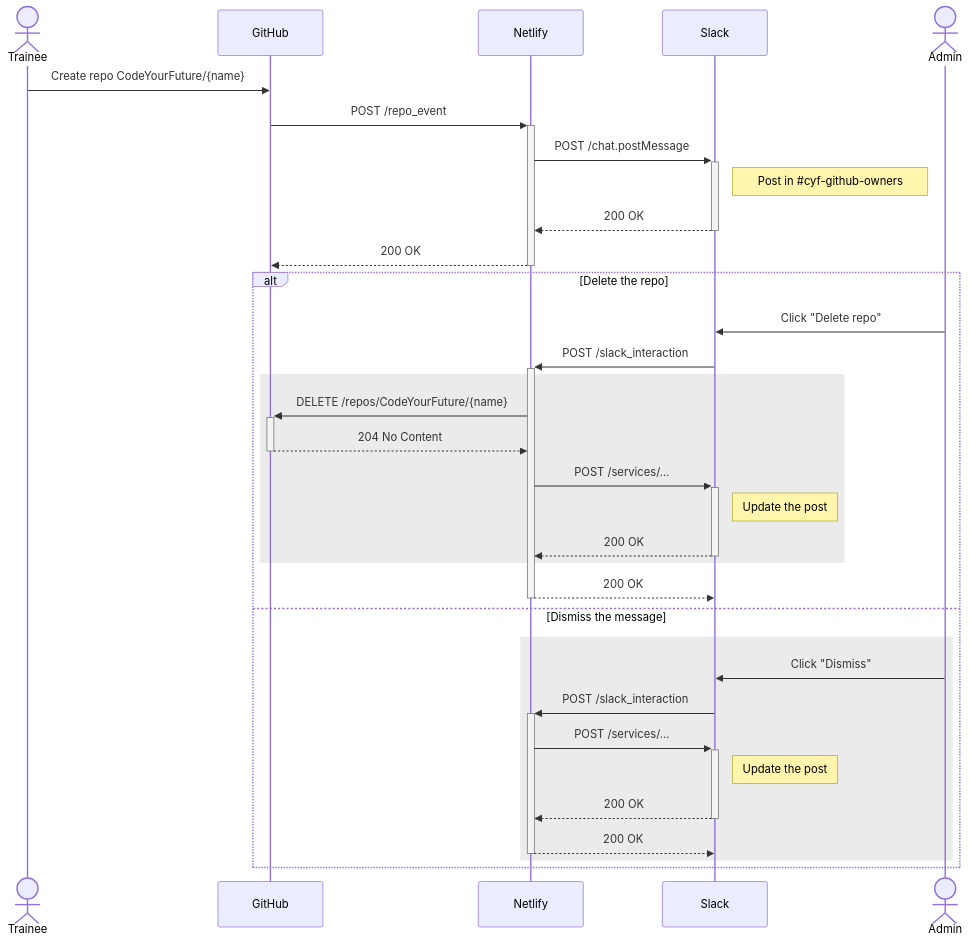
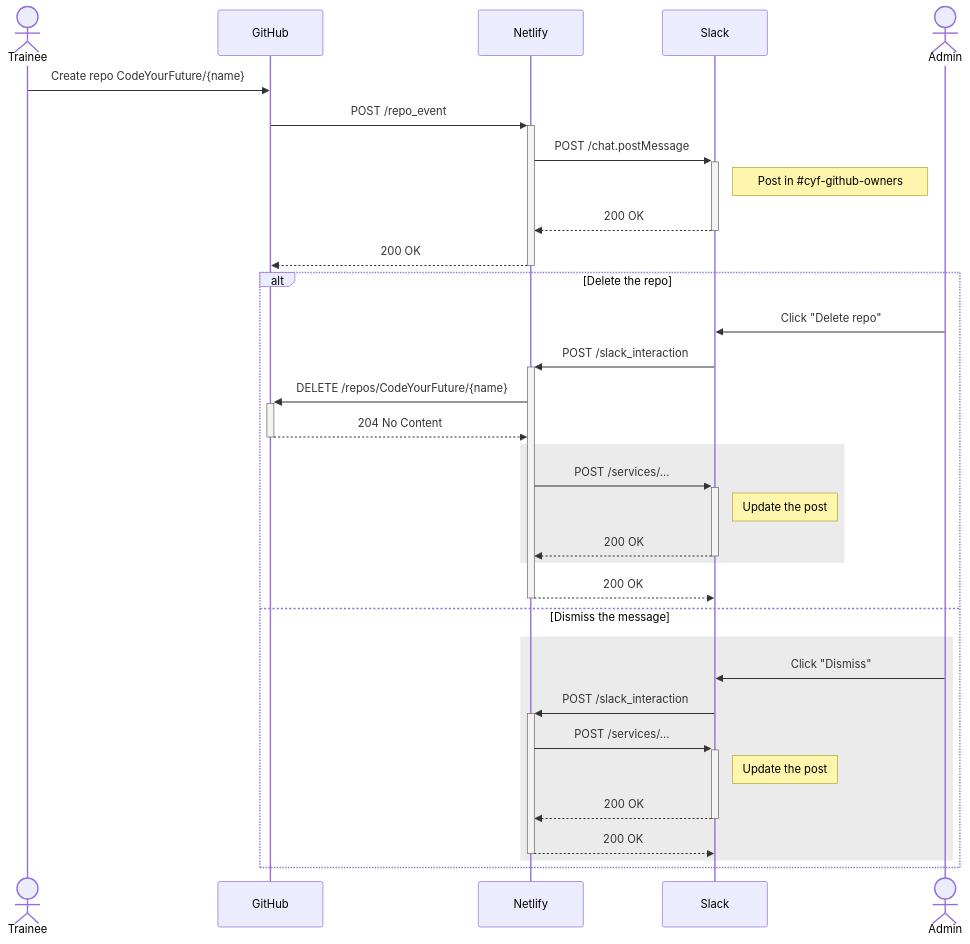
Before and after one commit to CodeYourFuture/gitbot: the diagram in README.md, drawn with Mermaid. The commit also changed other lines of this file and 9 other files, not shown here.

````diff
--- a/README.md
+++ b/README.md
@@ -26,35 +26,35 @@
 ```mermaid
 sequenceDiagram
     actor Trainee
     participant GitHub
     participant Netlify
     participant Slack
     Trainee->>GitHub: Create repo CodeYourFuture/{name}
     GitHub->>+Netlify: POST /repo_event
     Netlify->>+Slack: POST /chat.postMessage
     Note right of Slack: Post in #35;cyf-github-owners
     Slack-->>-Netlify: 200 OK
     Netlify-->>-GitHub: 200 OK
     actor Admin
     alt Delete the repo
     Admin->>Slack: Click "Delete repo"
     Slack->>+Netlify: POST /slack_interaction
-    rect rgb(235, 235, 235)
     Netlify->>+GitHub: DELETE /repos/CodeYourFuture/{name}
     GitHub-->>-Netlify: 204 No Content
+    rect rgb(235, 235, 235)
     Netlify->>+Slack: POST /services/...
     Note right of Slack: Update the post
     Slack-->>-Netlify: 200 OK
     end
     Netlify-->>-Slack: 200 OK
     else Dismiss the message
     rect rgb(235, 235, 235)
     Admin->>Slack: Click "Dismiss"
     Slack->>+Netlify: POST /slack_interaction
     Netlify->>+Slack: POST /services/...
     Note right of Slack: Update the post
     Slack-->>-Netlify: 200 OK
     Netlify-->>-Slack: 200 OK
     end
     end
 ```
````
